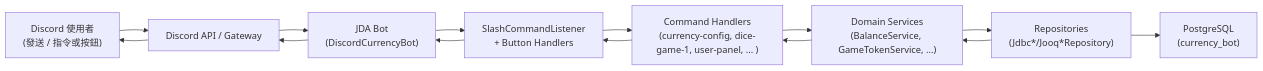
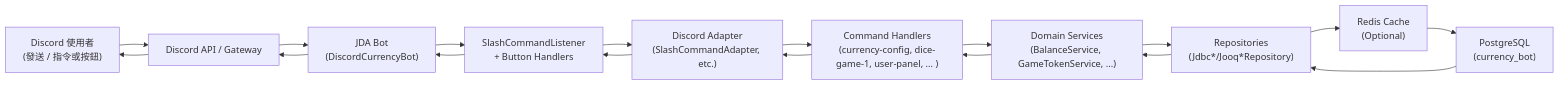
Before and after one commit to LaiTszKin/ltdjms: the diagram in docs/architecture/overview.md, drawn with Mermaid. The commit also changed other lines of this file and 56 other files, not shown here.

````diff
--- a/docs/architecture/overview.md
+++ b/docs/architecture/overview.md
@@ -9,14 +9,18 @@
 ```mermaid
 flowchart LR
   User["Discord 使用者\n(發送 / 指令或按鈕)"]
   Discord["Discord API / Gateway"]
   Bot["JDA Bot\n(DiscordCurrencyBot)"]
   Listener["SlashCommandListener\n+ Button Handlers"]
+  Adapter["Discord Adapter\n(SlashCommandAdapter, etc.)"]
   Handler["Command Handlers\n(currency-config, dice-game-1, user-panel, ... )"]
   Service["Domain Services\n(BalanceService, GameTokenService, ...)"]
   Repo["Repositories\n(Jdbc*/Jooq*Repository)"]
+  Cache["Redis Cache\n(Optional)"]
   DB["PostgreSQL\n(currency_bot)"]
 
-  User --> Discord --> Bot --> Listener --> Handler --> Service --> Repo --> DB
-  Repo --> Service --> Handler --> Listener --> Bot --> Discord --> User
+  User --> Discord --> Bot --> Listener --> Adapter --> Handler --> Service --> Repo
+  Repo --> Cache
+  Cache --> DB
+  DB --> Repo --> Service --> Handler --> Adapter --> Listener --> Bot --> Discord --> User
 ```
````
